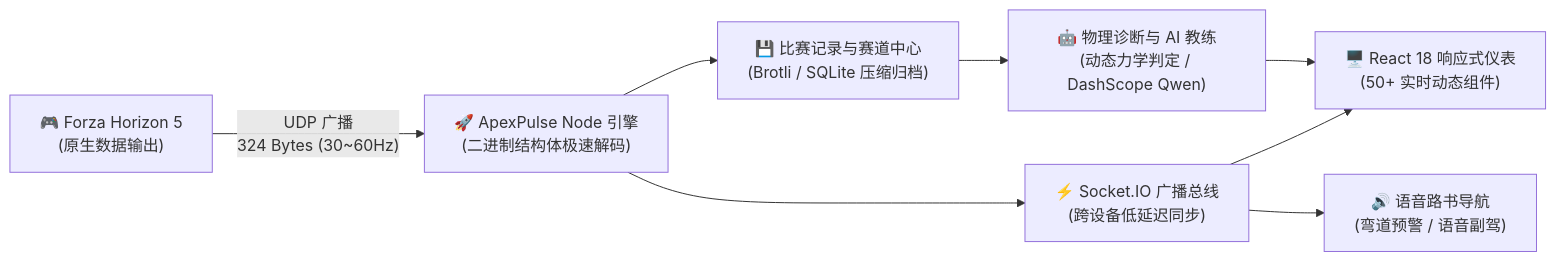
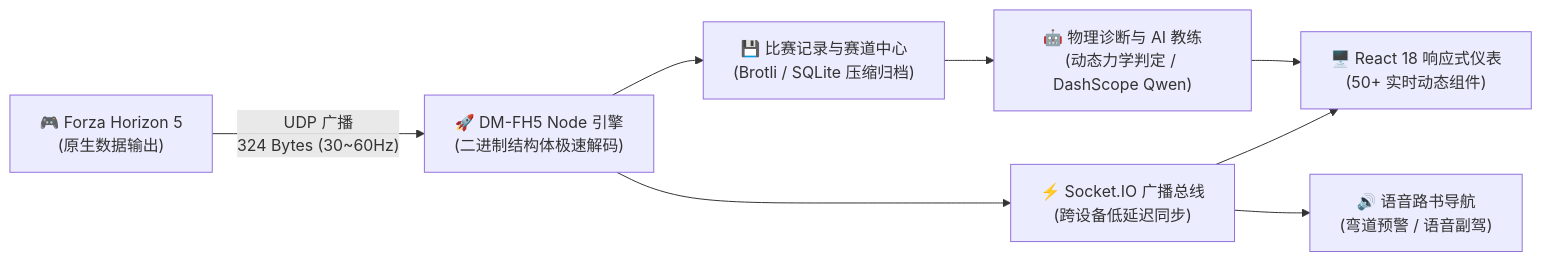
The diagram in README.md (dylanma8232-art/DM-FH5-Telemetry), drawn with Mermaid before and after one commit. The commit also changed other lines of this file, not shown here.

````diff
--- a/README.md
+++ b/README.md
@@ -60,13 +60,13 @@
 ```mermaid
 flowchart LR
-    A["🎮 Forza Horizon 5<br/>(原生数据输出)"] -->|"UDP 广播<br/>324 Bytes (30~60Hz)"| B["🚀 ApexPulse Node 引擎<br/>(二进制结构体极速解码)"]
+    A["🎮 Forza Horizon 5<br/>(原生数据输出)"] -->|"UDP 广播<br/>324 Bytes (30~60Hz)"| B["🚀 DM-FH5 Node 引擎<br/>(二进制结构体极速解码)"]
     
     B --> C["⚡ Socket.IO 广播总线<br/>(跨设备低延迟同步)"]
     B --> D["💾 比赛记录与赛道中心<br/>(Brotli / SQLite 压缩归档)"]
     
     C --> E["🖥️ React 18 响应式仪表<br/>(50+ 实时动态组件)"]
     C --> F["🔊 语音路书导航<br/>(弯道预警 / 语音副驾)"]
     
     D --> G["🤖 物理诊断与 AI 教练<br/>(动态力学判定 / DashScope Qwen)"]
     G --> E
 ```
````
